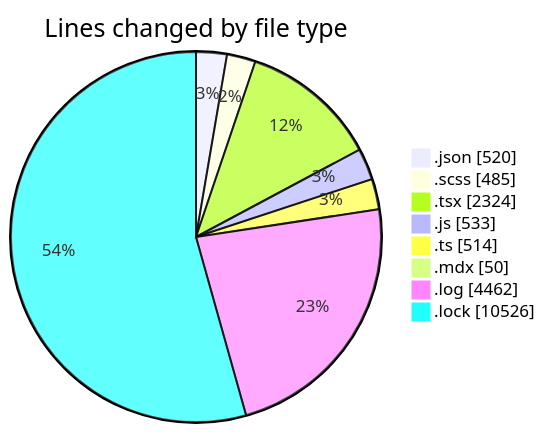
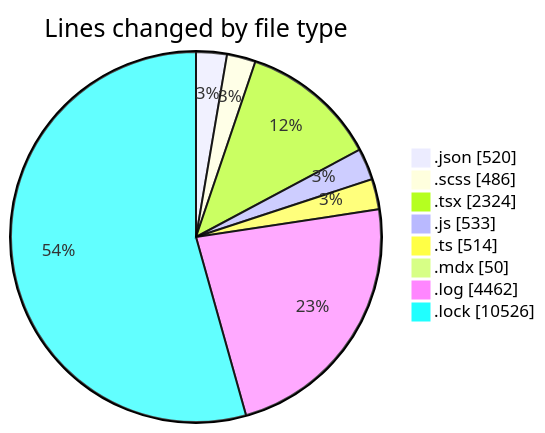
The first of 2 diagrams in 2026-04-20/cda/README.md (momahboobian/code-tracking), drawn with Mermaid before and after one commit. The commit also changed other lines of this file and 1 other file, not shown here.

````diff
--- a/2026-04-20/cda/README.md
+++ b/2026-04-20/cda/README.md
@@ -42,12 +42,12 @@
 ```mermaid
 pie showData
 title Lines changed by file type
 ".json" : 520
-".scss" : 485
+".scss" : 486
 ".tsx" : 2324
 ".js" : 533
 ".ts" : 514
 ".mdx" : 50
 ".log" : 4462
 ".lock" : 10526
 ```
````
